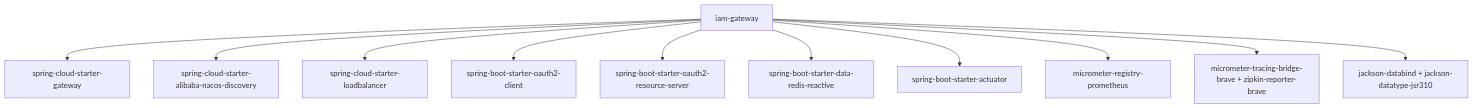
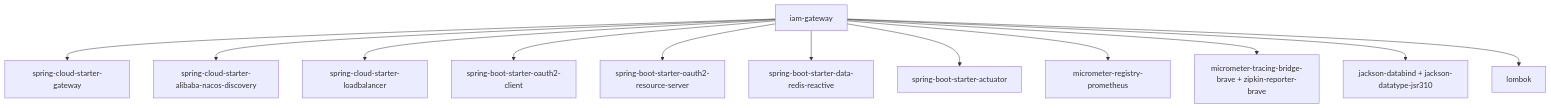
The eighth of 8 diagrams in .qoder/repowiki/zh/content/核心模块/API网关 (iam-gateway).md (fq0121104930716/iam-platform), drawn with Mermaid before and after one commit. The commit also changed other lines of this file and 6 other files, not shown here.

````diff
--- a/.qoder/repowiki/zh/content/核心模块/API网关 (iam-gateway).md
+++ b/.qoder/repowiki/zh/content/核心模块/API网关 (iam-gateway).md
@@ -325,13 +363,14 @@
 ```mermaid
 graph TB
 G["iam-gateway"] --> GW["spring-cloud-starter-gateway"]
 G --> ND["spring-cloud-starter-alibaba-nacos-discovery"]
 G --> LB["spring-cloud-starter-loadbalancer"]
 G --> OC["spring-boot-starter-oauth2-client"]
 G --> OR["spring-boot-starter-oauth2-resource-server"]
 G --> SR["spring-boot-starter-data-redis-reactive"]
 G --> AC["spring-boot-starter-actuator"]
 G --> PR["micrometer-registry-prometheus"]
 G --> ZK["micrometer-tracing-bridge-brave + zipkin-reporter-brave"]
 G --> JM["jackson-databind + jackson-datatype-jsr310"]
+G --> LBK["lombok"]
 ```
````
